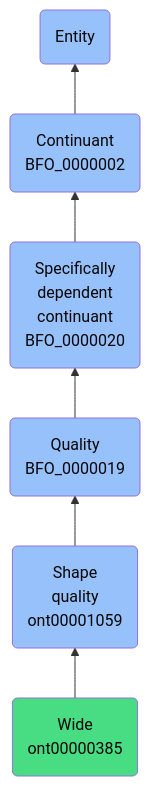
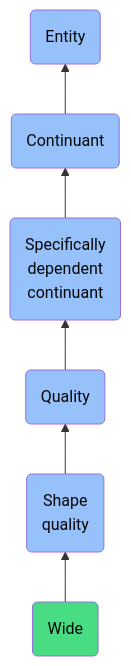
Before and after one commit to jupyter-naas/abi: the diagram in docs/ontology/reference/model/Entity/Continuant/Specifically dependent continuant/Quality/Shape quality/Wide/Wide.md, drawn with Mermaid. The commit also changed other lines of this file and 1430 other files, not shown here.

````diff
--- a/docs/ontology/reference/model/Entity/Continuant/Specifically dependent continuant/Quality/Shape quality/Wide/Wide.md
+++ b/docs/ontology/reference/model/Entity/Continuant/Specifically dependent continuant/Quality/Shape quality/Wide/Wide.md
@@ -25,13 +25,13 @@
 ```mermaid
 graph BT
-    ont00000385(Wide<br>ont00000385):::ABI-->ont00001059
-    ont00001059(Shape<br>quality<br>ont00001059):::BFO-->BFO_0000019
-    BFO_0000019(Quality<br>BFO_0000019):::BFO-->BFO_0000020
-    BFO_0000020(Specifically<br>dependent<br>continuant<br>BFO_0000020):::BFO-->BFO_0000002
-    BFO_0000002(Continuant<br>BFO_0000002):::BFO-->BFO_0000001
+    ont00000385(Wide):::ABI-->ont00001059
+    ont00001059(Shape<br>quality):::BFO-->BFO_0000019
+    BFO_0000019(Quality):::BFO-->BFO_0000020
+    BFO_0000020(Specifically<br>dependent<br>continuant):::BFO-->BFO_0000002
+    BFO_0000002(Continuant):::BFO-->BFO_0000001
     BFO_0000001(Entity):::BFO
     
     classDef BFO fill:#97c1fb,color:#060606
     classDef CCO fill:#e4c51e,color:#060606
     classDef ABI fill:#48DD82,color:#060606
 ```
````
